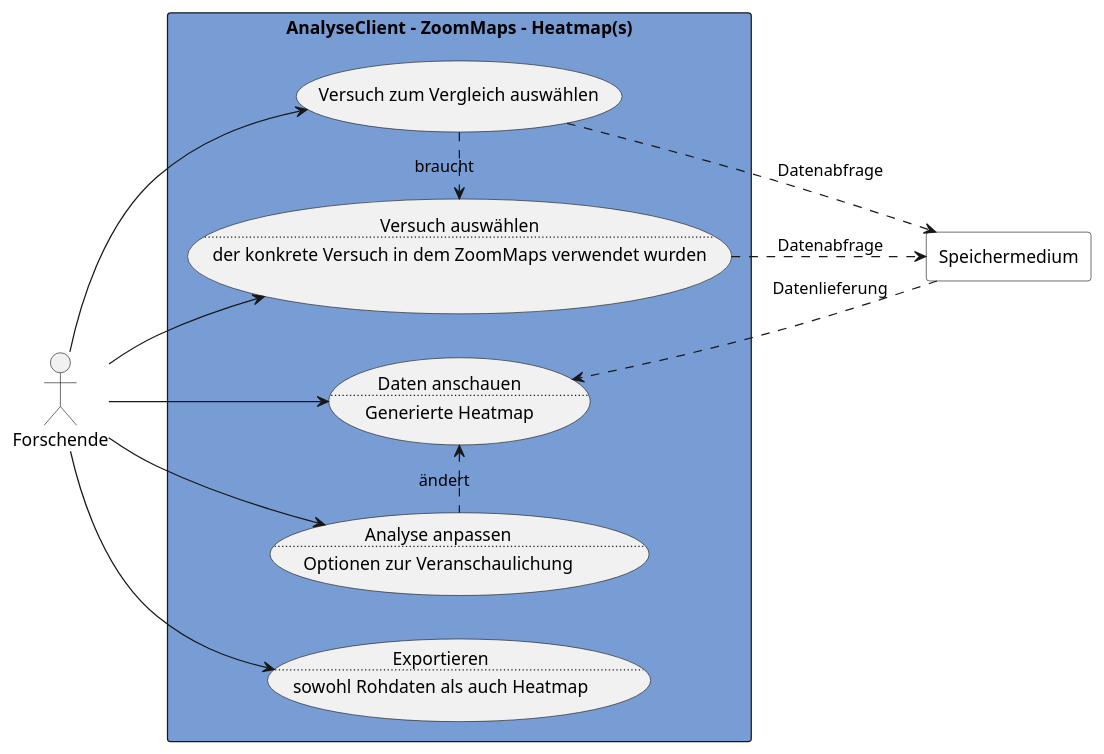
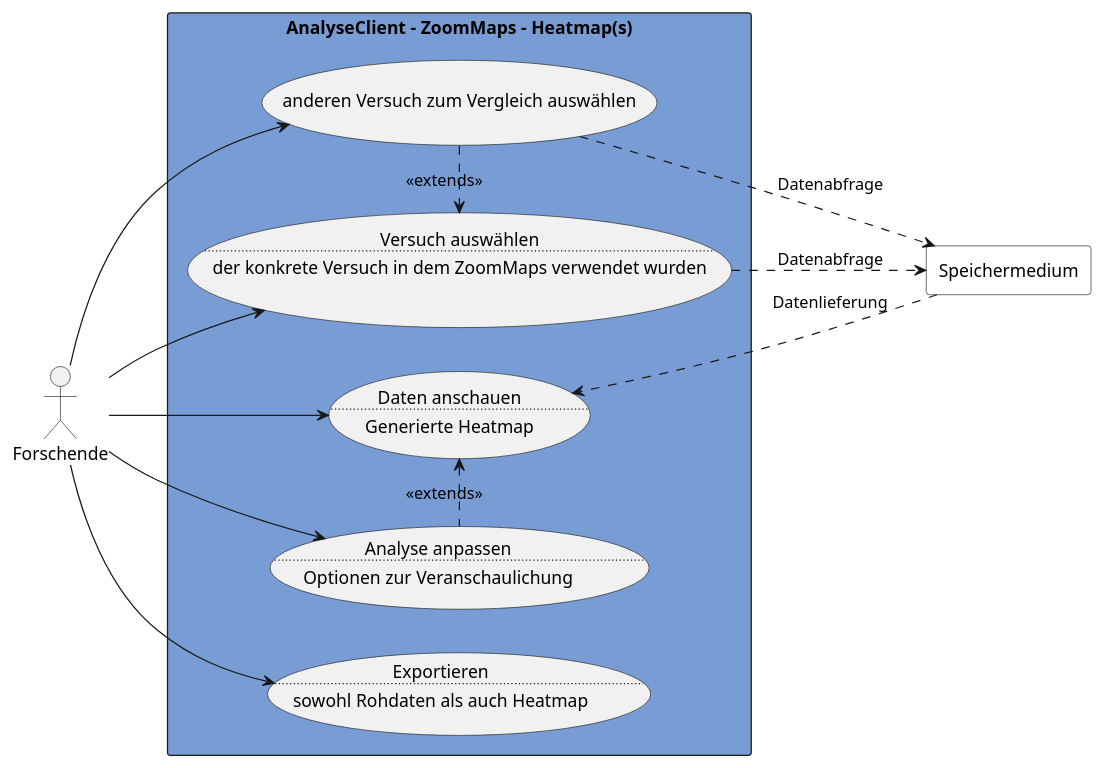
The diagram in meilenstein_05/usecase-analyse-zoommaps/usecase-analyse-zoommaps.puml (weichware10/meilensteine), drawn with PlantUML before and after one commit.

Commit message:
extends hinzugefügt

```diff
--- a/meilenstein_05/usecase-analyse-zoommaps/usecase-analyse-zoommaps.puml
+++ b/meilenstein_05/usecase-analyse-zoommaps/usecase-analyse-zoommaps.puml
@@ -1,43 +1,38 @@
 @startuml analyse-zoommaps
 left to right direction
 
 actor Forschende as f
 
 rectangle "AnalyseClient - ZoomMaps - Heatmap(s)" #789dd5 {
-    ' usecase aw as "Analysemethode wählen
-    ' ..
-    ' hier: Heatmap"
     usecase va as "Versuch auswählen
     ..
     der konkrete Versuch in dem ZoomMaps verwendet wurden"
-    usecase vv as "Versuch zum Vergleich auswählen"
+    usecase vv as "anderen Versuch zum Vergleich auswählen"
     usecase da as "Daten anschauen
     ..
     Generierte Heatmap"
     usecase aa as "Analyse anpassen
     ..
     Optionen zur Veranschaulichung"
     usecase ex as "Exportieren
     ..
     sowohl Rohdaten als auch Heatmap"
 }
 
 rectangle Speichermedium as s #FFFFFF
 
-' f --> aw
 f --> da
 f --> aa
 f --> ex
 f --> va
 f --> vv
 
 ' intern
 va ..> s : Datenabfrage
 vv ..> s : Datenabfrage
 s ..> da : Datenlieferung
 
-va <.l. vv : braucht
-da <.r. aa : ändert
-' n .l. va
+va <.l. vv : <<extends>>
+da <.r. aa : <<extends>>
 
 @enduml
```
